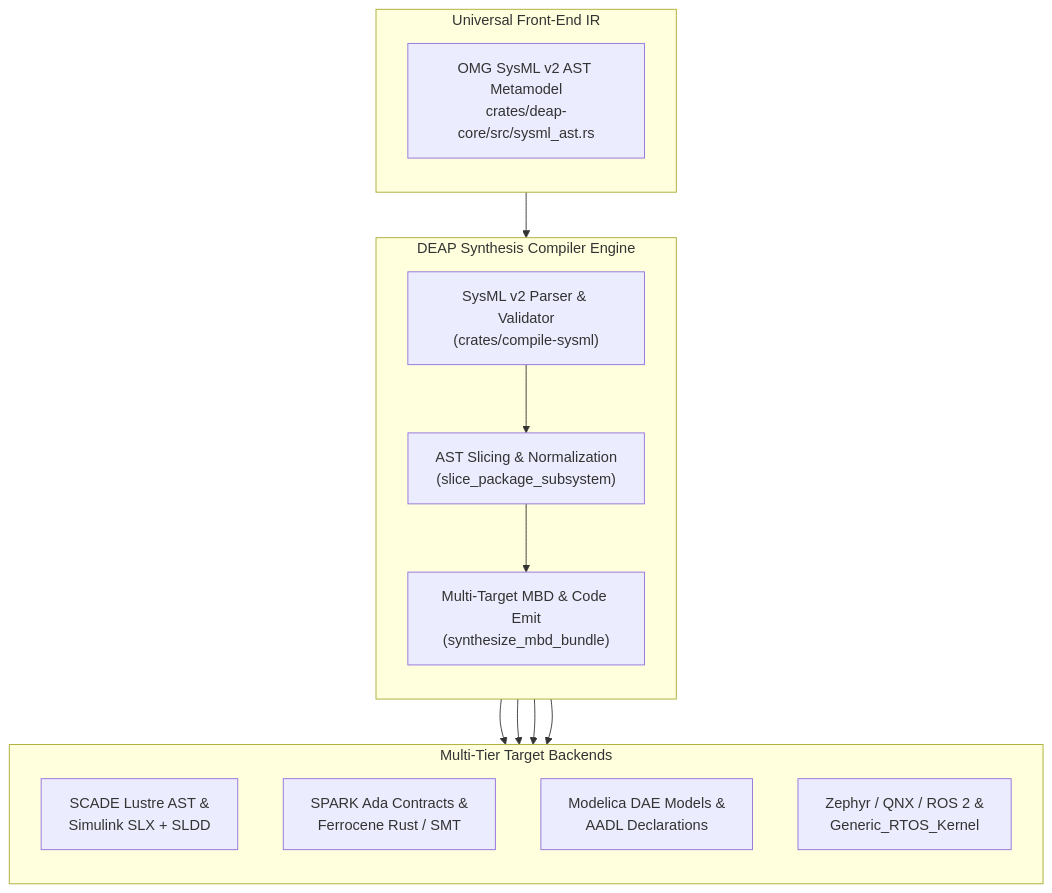
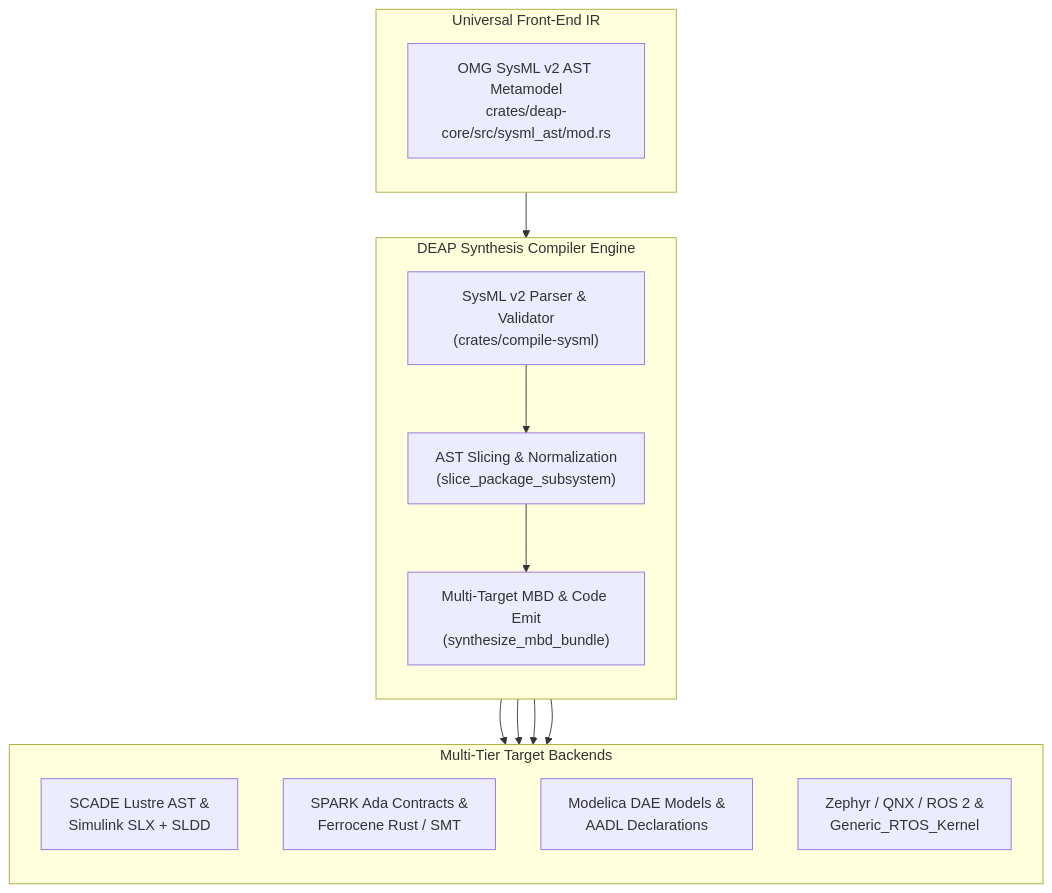
Before and after one commit to gintatkinson/DEAP01-spec-core: the second of 10 diagrams in docs/architecture/blueprints/DEAP_MULTI_TOOLCHAIN_SYNTHESIS_ARCHITECTURE.md, drawn with Mermaid. The commit also changed other lines of this file and 16 other files, not shown here.

Commit message:
refactor(deap-core): initialize sysml_ast module directory and extract identifiers

````diff
--- a/docs/architecture/blueprints/DEAP_MULTI_TOOLCHAIN_SYNTHESIS_ARCHITECTURE.md
+++ b/docs/architecture/blueprints/DEAP_MULTI_TOOLCHAIN_SYNTHESIS_ARCHITECTURE.md
@@ -92,30 +92,30 @@
 ```mermaid
 flowchart TD
     subgraph Frontend_IR ["Universal Front-End IR"]
         direction TB
-        AST_IR["OMG SysML v2 AST Metamodel<br/>crates/deap-core/src/sysml_ast.rs"]
+        AST_IR["OMG SysML v2 AST Metamodel<br/>crates/deap-core/src/sysml_ast/mod.rs"]
     end
 
     subgraph DEAP_Compiler ["DEAP Synthesis Compiler Engine"]
         direction TB
         Lexer["SysML v2 Parser & Validator<br/>(crates/compile-sysml)"]
         IR_Transform["AST Slicing & Normalization<br/>(slice_package_subsystem)"]
         Backend_Emit["Multi-Target MBD & Code Emit<br/>(synthesize_mbd_bundle)"]
     end
 
     subgraph Backend_Targets ["Multi-Tier Target Backends"]
         direction TB
         T1_Out["SCADE Lustre AST &<br/>Simulink SLX + SLDD"]
         T2_Out["SPARK Ada Contracts &<br/>Ferrocene Rust / SMT"]
         T3_Out["Modelica DAE Models &<br/>AADL Declarations"]
         T4_Out["Zephyr / QNX / ROS 2 &<br/>Generic_RTOS_Kernel"]
     end
 
     AST_IR --> Lexer
     Lexer --> IR_Transform
     IR_Transform --> Backend_Emit
     Backend_Emit --> T1_Out
     Backend_Emit --> T2_Out
     Backend_Emit --> T3_Out
     Backend_Emit --> T4_Out
 ```
````
